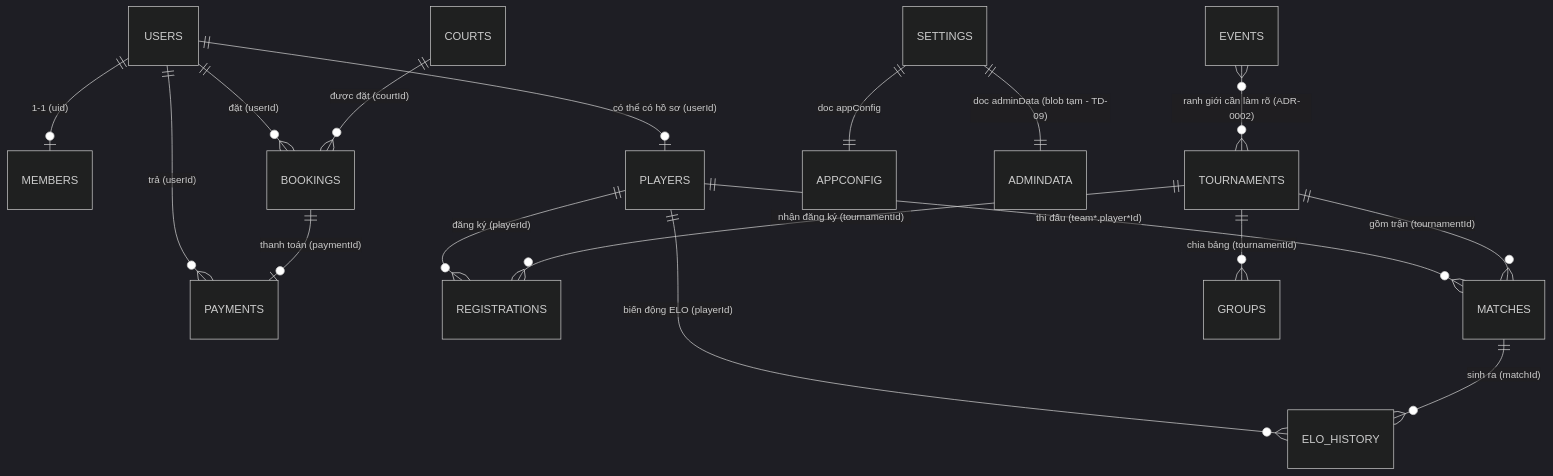
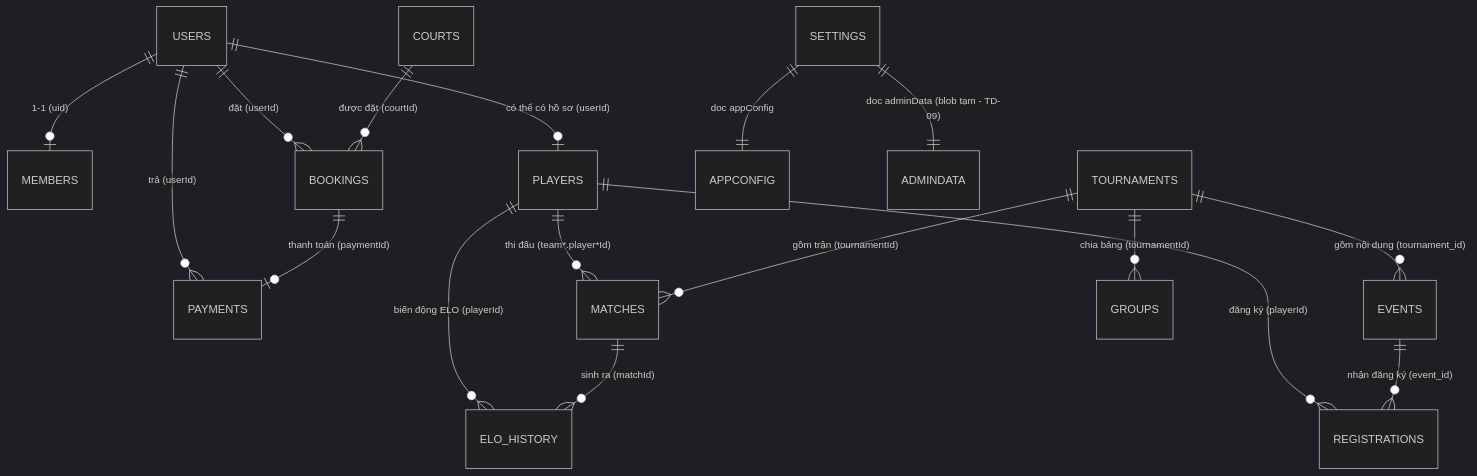
Before and after one commit to goldmenvt-svg/amz-pickleball: the diagram in docs/ERD.md, drawn with Mermaid (dark theme). The commit also changed other lines of this file and 6 other files, not shown here.

````diff
--- a/docs/ERD.md
+++ b/docs/ERD.md
@@ -10,25 +10,24 @@
 ```mermaid
 erDiagram
     USERS ||--o| MEMBERS : "1-1 (uid)"
     USERS ||--o| PLAYERS : "có thể có hồ sơ (userId)"
     USERS ||--o{ BOOKINGS : "đặt (userId)"
     USERS ||--o{ PAYMENTS : "trả (userId)"
 
     COURTS ||--o{ BOOKINGS : "được đặt (courtId)"
     BOOKINGS ||--o| PAYMENTS : "thanh toán (paymentId)"
 
     PLAYERS ||--o{ REGISTRATIONS : "đăng ký (playerId)"
     PLAYERS ||--o{ MATCHES : "thi đấu (team*.player*Id)"
     PLAYERS ||--o{ ELO_HISTORY : "biến động ELO (playerId)"
 
-    TOURNAMENTS ||--o{ REGISTRATIONS : "nhận đăng ký (tournamentId)"
+    TOURNAMENTS ||--o{ EVENTS : "gồm nội dung (tournament_id)"
+    EVENTS ||--o{ REGISTRATIONS : "nhận đăng ký (event_id)"
     TOURNAMENTS ||--o{ MATCHES : "gồm trận (tournamentId)"
     TOURNAMENTS ||--o{ GROUPS : "chia bảng (tournamentId)"
 
     MATCHES ||--o{ ELO_HISTORY : "sinh ra (matchId)"
 
-    EVENTS }o--o{ TOURNAMENTS : "ranh giới cần làm rõ (ADR-0002)"
-
     SETTINGS ||--|| APPCONFIG : "doc appConfig"
     SETTINGS ||--|| ADMINDATA : "doc adminData (blob tạm - TD-09)"
 ```
````
